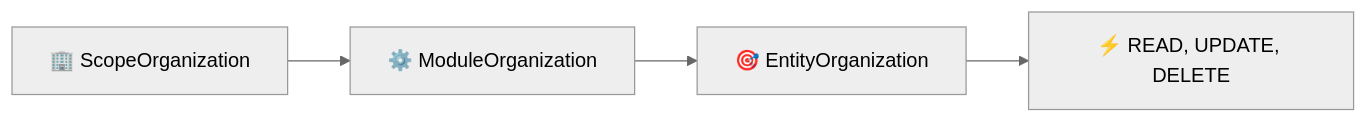
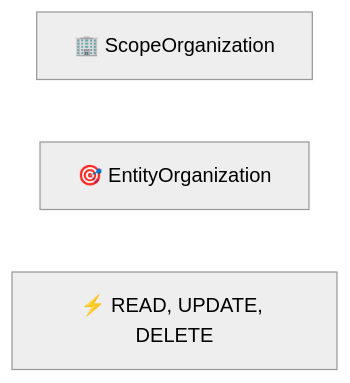
The second of 3 diagrams in docs/permissions/scopes_modules_entities_operations_guide.md (osmai4603-collab/permissions_youtrack), drawn with Mermaid (neutral theme) before and after one commit. The commit also changed other lines of this file and 16 other files, not shown here.

````diff
--- a/docs/permissions/scopes_modules_entities_operations_guide.md
+++ b/docs/permissions/scopes_modules_entities_operations_guide.md
@@ -94,9 +85,7 @@
 ```mermaid
 graph LR
     SCOPE_O["🏢 ScopeOrganization"]
-    MOD_ORG["⚙️ ModuleOrganization"]
     ENT_ORG["🎯 EntityOrganization"]
     OPS_ORG["⚡ READ, UPDATE, DELETE"]
     
-    SCOPE_O --> MOD_ORG --> ENT_ORG --> OPS_ORG
 ```
````
